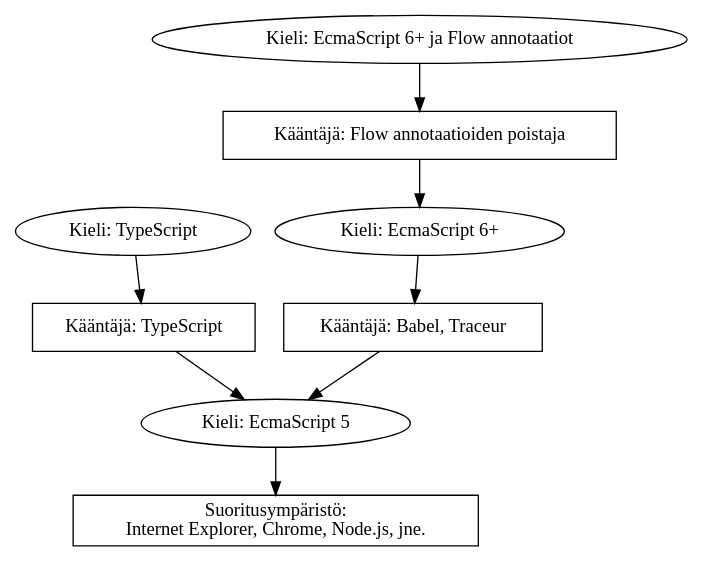
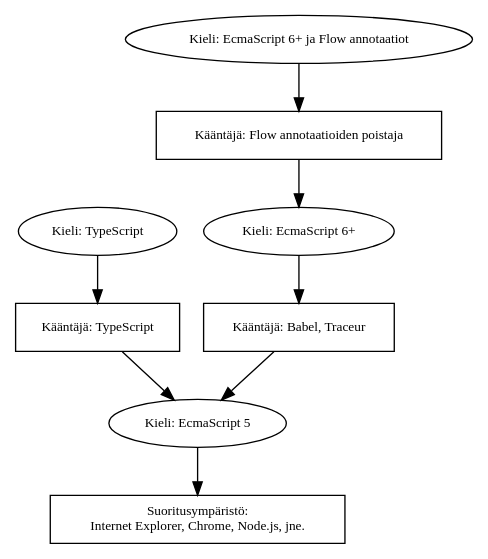
Before and after one commit to noppa/kandi: the diagram in graphs/compilation.gv, drawn with Graphviz. The commit also changed 3 other files, not shown here.

```diff
--- a/graphs/compilation.gv
+++ b/graphs/compilation.gv
@@ -1,18 +1,20 @@
 digraph Compilation {
+    
+  node[fontsize=10]
 
   es6 [label="Kieli: EcmaScript 6+"];
   ts [label="Kieli: TypeScript"];
   es5 [label="Kieli: EcmaScript 5"];
   flow [label="Kieli: EcmaScript 6+ ja Flow annotaatiot"]
   
   babel [label="Kääntäjä: Babel, Traceur", shape=rectangle];
   flowPlugin [label="Kääntäjä: Flow annotaatioiden poistaja", shape=rectangle];
   tsc [label="Kääntäjä: TypeScript", shape=rectangle];
   
   flow -> flowPlugin -> es6 -> babel -> es5;
   ts -> tsc -> es5;
   es5 -> end;
 
   end [label="Suoritusympäristö:\nInternet Explorer, Chrome, Node.js, jne.", shape=rectangle];
   
 }
```
